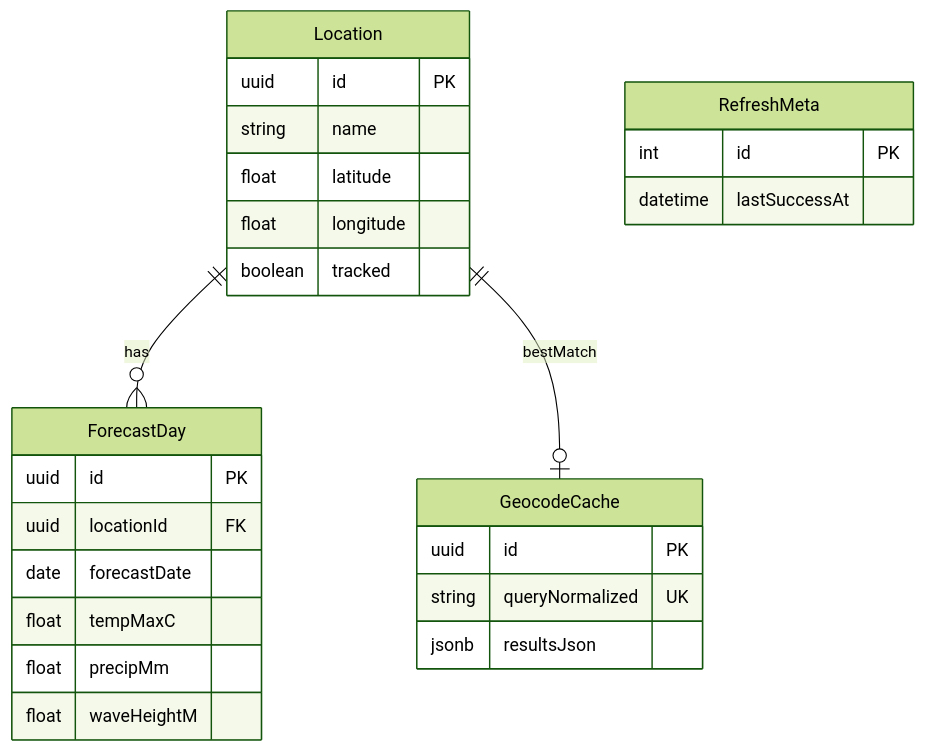
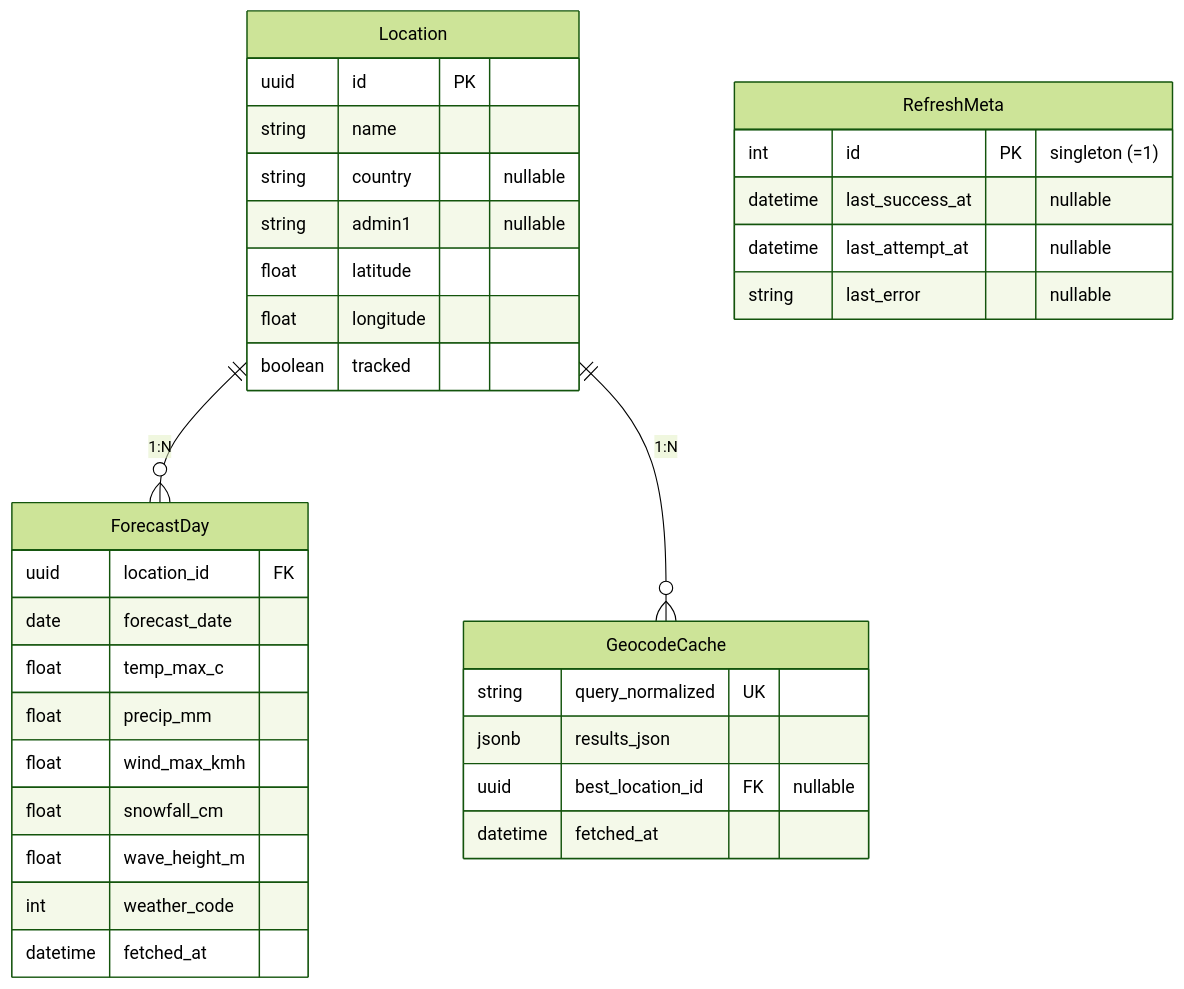
Before and after one commit to Takadza/weather-activity-ranking-service: the diagram in docs/contracts/prisma-schema.md, drawn with Mermaid (forest theme). The commit also changed other lines of this file and 7 other files, not shown here.

````diff
--- a/docs/contracts/prisma-schema.md
+++ b/docs/contracts/prisma-schema.md
@@ -17,29 +17,41 @@
 ```mermaid
 erDiagram
-  Location ||--o{ ForecastDay : has
-  Location ||--o| GeocodeCache : bestMatch
+  Location ||--o{ ForecastDay : "1:N"
+  Location ||--o{ GeocodeCache : "1:N"
+
   Location {
     uuid id PK
     string name
+    string country "nullable"
+    string admin1 "nullable"
     float latitude
     float longitude
     boolean tracked
   }
+
   ForecastDay {
-    uuid id PK
-    uuid locationId FK
-    date forecastDate
-    float tempMaxC
-    float precipMm
-    float waveHeightM
+    uuid location_id FK
+    date forecast_date
+    float temp_max_c
+    float precip_mm
+    float wind_max_kmh
+    float snowfall_cm
+    float wave_height_m
+    int weather_code
+    datetime fetched_at
   }
+
   GeocodeCache {
-    uuid id PK
-    string queryNormalized UK
-    jsonb resultsJson
+    string query_normalized UK
+    jsonb results_json
+    uuid best_location_id FK "nullable"
+    datetime fetched_at
   }
+
   RefreshMeta {
-    int id PK
-    datetime lastSuccessAt
+    int id PK "singleton (=1)"
+    datetime last_success_at "nullable"
+    datetime last_attempt_at "nullable"
+    string last_error "nullable"
   }
 ```
````
